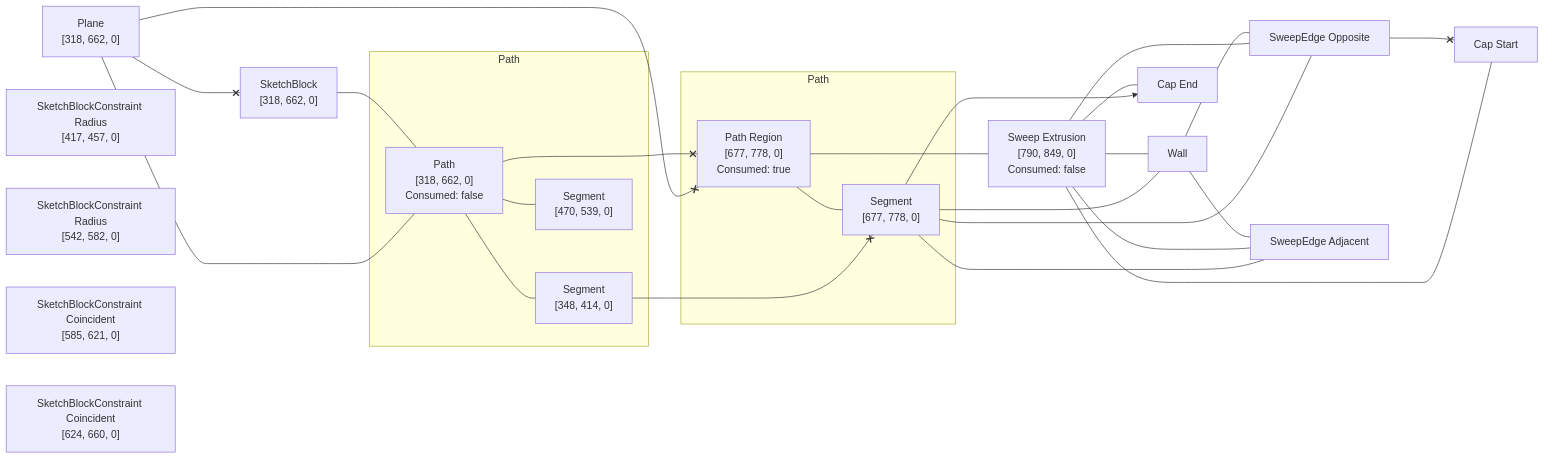
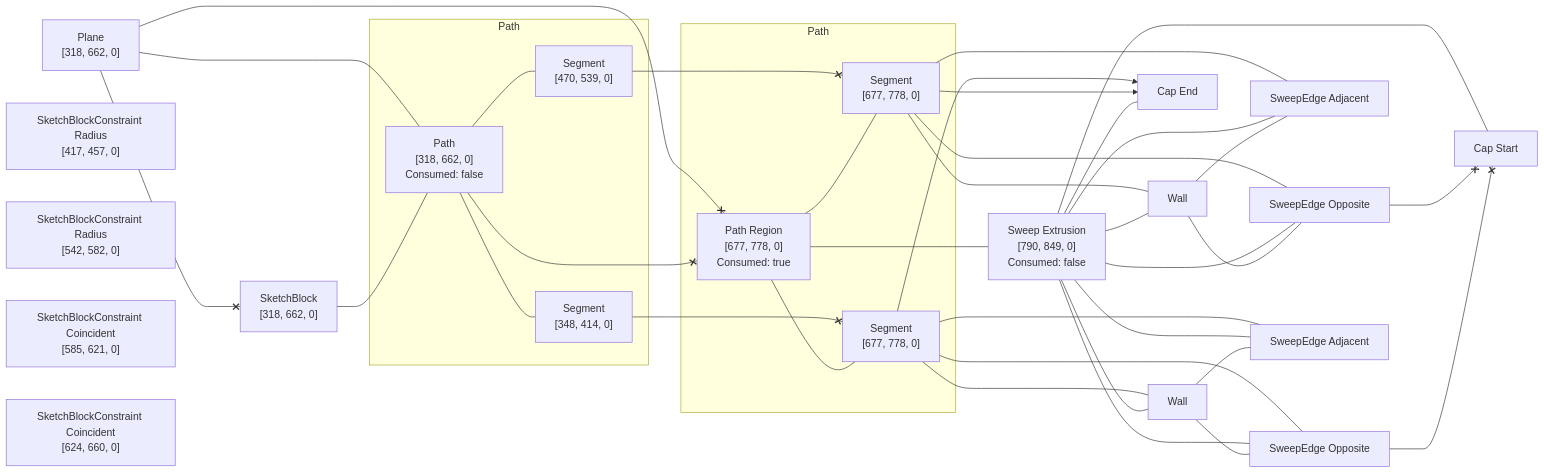
The diagram in rust/kcl-lib/tests/kcl_samples/pipe/artifact_graph_flowchart.snap.md (KittyCAD/modeling-app), drawn with Mermaid before and after one commit. The commit also changed 33 other files, not shown here.

````diff
--- a/rust/kcl-lib/tests/kcl_samples/pipe/artifact_graph_flowchart.snap.md
+++ b/rust/kcl-lib/tests/kcl_samples/pipe/artifact_graph_flowchart.snap.md
@@ -1,61 +1,79 @@
 ```mermaid
 flowchart LR
   subgraph path2 [Path]
     2["Path<br>[318, 662, 0]<br>Consumed: false"]
       %% [ProgramBodyItem { index: 4 }, VariableDeclarationDeclaration, VariableDeclarationInit]
     3["Segment<br>[348, 414, 0]"]
       %% [ProgramBodyItem { index: 4 }, VariableDeclarationDeclaration, VariableDeclarationInit, SketchBlockBody, SketchBlockBodyItem { index: 0 }, VariableDeclarationDeclaration, VariableDeclarationInit]
     4["Segment<br>[470, 539, 0]"]
       %% [ProgramBodyItem { index: 4 }, VariableDeclarationDeclaration, VariableDeclarationInit, SketchBlockBody, SketchBlockBodyItem { index: 2 }, VariableDeclarationDeclaration, VariableDeclarationInit]
   end
   subgraph path5 [Path]
     5["Path Region<br>[677, 778, 0]<br>Consumed: true"]
       %% [ProgramBodyItem { index: 5 }, VariableDeclarationDeclaration, VariableDeclarationInit]
     6["Segment<br>[677, 778, 0]"]
       %% [ProgramBodyItem { index: 5 }, VariableDeclarationDeclaration, VariableDeclarationInit]
+    7["Segment<br>[677, 778, 0]"]
+      %% [ProgramBodyItem { index: 5 }, VariableDeclarationDeclaration, VariableDeclarationInit]
   end
   1["Plane<br>[318, 662, 0]"]
     %% [ProgramBodyItem { index: 4 }, VariableDeclarationDeclaration, VariableDeclarationInit]
-  7["Sweep Extrusion<br>[790, 849, 0]<br>Consumed: false"]
+  8["Sweep Extrusion<br>[790, 849, 0]<br>Consumed: false"]
     %% [ProgramBodyItem { index: 6 }, VariableDeclarationDeclaration, VariableDeclarationInit, PipeBodyItem { index: 0 }]
-  8[Wall]
+  9[Wall]
     %% face_code_ref=Missing NodePath
-  9["Cap Start"]
+  10[Wall]
     %% face_code_ref=Missing NodePath
-  10["Cap End"]
+  11["Cap Start"]
     %% face_code_ref=Missing NodePath
-  11["SweepEdge Opposite"]
-  12["SweepEdge Adjacent"]
-  13["SketchBlock<br>[318, 662, 0]"]
+  12["Cap End"]
+    %% face_code_ref=Missing NodePath
+  13["SweepEdge Opposite"]
+  14["SweepEdge Adjacent"]
+  15["SweepEdge Opposite"]
+  16["SweepEdge Adjacent"]
+  17["SketchBlock<br>[318, 662, 0]"]
     %% [ProgramBodyItem { index: 4 }, VariableDeclarationDeclaration, VariableDeclarationInit]
-  14["SketchBlockConstraint Radius<br>[417, 457, 0]"]
+  18["SketchBlockConstraint Radius<br>[417, 457, 0]"]
     %% [ProgramBodyItem { index: 4 }, VariableDeclarationDeclaration, VariableDeclarationInit, SketchBlockBody, SketchBlockBodyItem { index: 1 }, ExpressionStatementExpr]
-  15["SketchBlockConstraint Radius<br>[542, 582, 0]"]
+  19["SketchBlockConstraint Radius<br>[542, 582, 0]"]
     %% [ProgramBodyItem { index: 4 }, VariableDeclarationDeclaration, VariableDeclarationInit, SketchBlockBody, SketchBlockBodyItem { index: 3 }, ExpressionStatementExpr]
-  16["SketchBlockConstraint Coincident<br>[585, 621, 0]"]
+  20["SketchBlockConstraint Coincident<br>[585, 621, 0]"]
     %% [ProgramBodyItem { index: 4 }, VariableDeclarationDeclaration, VariableDeclarationInit, SketchBlockBody, SketchBlockBodyItem { index: 4 }, ExpressionStatementExpr]
-  17["SketchBlockConstraint Coincident<br>[624, 660, 0]"]
+  21["SketchBlockConstraint Coincident<br>[624, 660, 0]"]
     %% [ProgramBodyItem { index: 4 }, VariableDeclarationDeclaration, VariableDeclarationInit, SketchBlockBody, SketchBlockBodyItem { index: 5 }, ExpressionStatementExpr]
   1 --- 2
   1 <--x 5
-  1 <--x 13
+  1 <--x 17
   2 --- 3
   2 --- 4
   2 <--x 5
-  13 --- 2
+  17 --- 2
   3 <--x 6
+  4 <--x 7
   5 --- 6
-  5 ---- 7
-  6 --- 8
-  6 x--> 10
-  6 --- 11
-  6 --- 12
-  7 --- 8
+  5 --- 7
+  5 ---- 8
+  6 --- 10
+  6 x--> 12
+  6 --- 15
+  6 --- 16
   7 --- 9
-  7 --- 10
-  7 --- 11
-  7 --- 12
+  7 x--> 12
+  7 --- 13
+  7 --- 14
+  8 --- 9
+  8 --- 10
   8 --- 11
   8 --- 12
-  11 <--x 9
+  8 --- 13
+  8 --- 14
+  8 --- 15
+  8 --- 16
+  9 --- 13
+  9 --- 14
+  10 --- 15
+  10 --- 16
+  13 <--x 11
+  15 <--x 11
 ```
````
